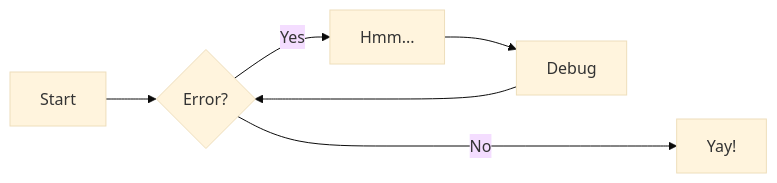
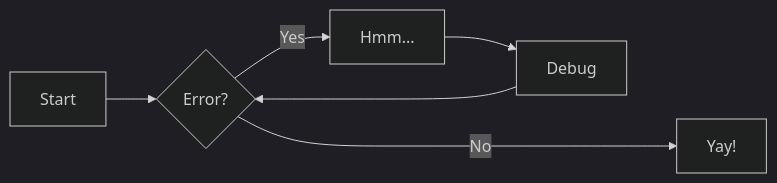
Before and after one commit to svkaizoku/github-tasks: the first of 6 diagrams in movie/backstage/docs/index.md, drawn with Mermaid.

````diff
--- a/movie/backstage/docs/index.md
+++ b/movie/backstage/docs/index.md
@@ -2,10 +2,10 @@
 ```mermaid
-%%{init: {'theme': 'base'}}%%
+%%{init: {'theme': 'dark'}}%%
 
 graph LR
   A[Start] --> B{Error?};
   B -->|Yes| C[Hmm...];
   C --> D[Debug];
   D --> B;
   B ---->|No| E[Yay!];
 ```
````
